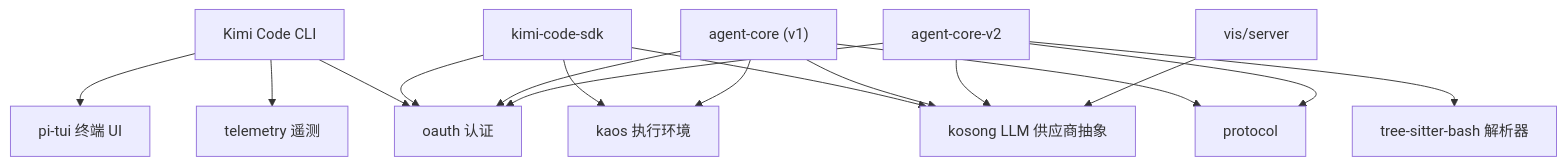
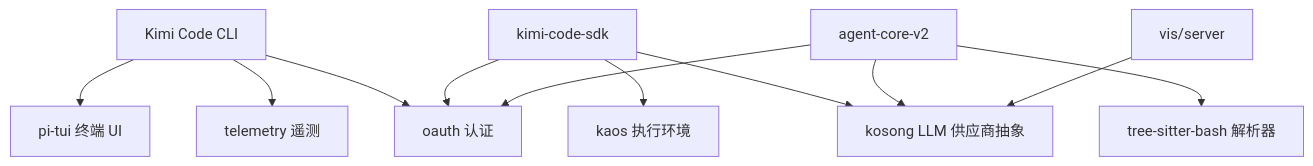
One commit to Yorha9e/oh-my-kimi-code changed the diagram in docs/architecture/slices/01-leaves.md. Above: the diagram before and after it, drawn with Mermaid. The commit also changed other lines of this file and 10 other files, not shown here.

````diff
--- a/docs/architecture/slices/01-leaves.md
+++ b/docs/architecture/slices/01-leaves.md
@@ -5,31 +5,25 @@
 ```mermaid
 flowchart TB
   cli[Kimi Code CLI]
   sdk[kimi-code-sdk]
-  v1["agent-core (v1)"]
   v2[agent-core-v2]
   vis[vis/server]
 
   kaos[kaos 执行环境]
   kosong[kosong LLM 供应商抽象]
   oauth[oauth 认证]
   tsb[tree-sitter-bash 解析器]
   telemetry[telemetry 遥测]
   tui[pi-tui 终端 UI]
 
   cli --> oauth
   cli --> telemetry
   cli --> tui
   sdk --> kaos
   sdk --> oauth
   sdk --> kosong
-  v1 --> kaos
-  v1 --> kosong
-  v1 --> oauth
-  v1 --> protocol
   v2 --> kosong
   v2 --> oauth
-  v2 --> protocol
   v2 --> tsb
   vis --> kosong
 ```
````
